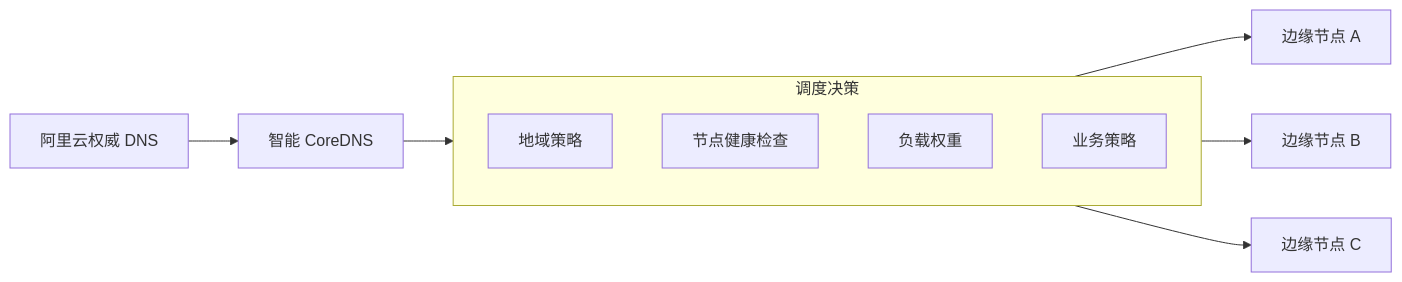
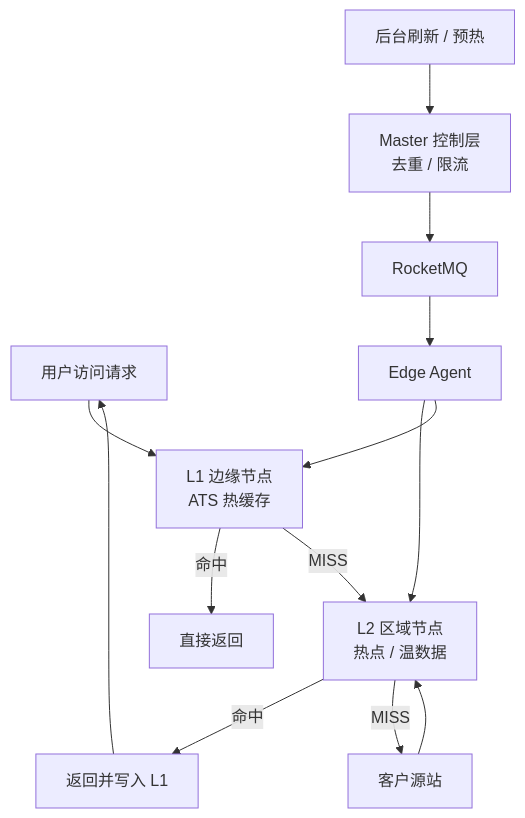
The fifth of 5 diagrams in program/cdn系统总结.md (HK-CH2018/interview), drawn with Mermaid before and after one commit. The commit also changed other lines of this file and 1 other file, not shown here.

````diff
--- a/program/cdn系统总结.md
+++ b/program/cdn系统总结.md
@@ -288,22 +238,16 @@
 ```mermaid
-flowchart LR
-    AliDNS[阿里云权威 DNS]
-    CoreDNS[智能 CoreDNS]
+flowchart TB
+    User[用户访问请求] --> L1[L1 边缘节点<br/>ATS 热缓存]
+    L1 -->|命中| Hit[直接返回]
+    L1 -->|MISS| L2[L2 区域节点<br/>热点 / 温数据]
+    L2 -->|命中| BackToL1[返回并写入 L1]
+    L2 -->|MISS| Origin[客户源站]
+    Origin --> L2
+    BackToL1 --> User
 
-    subgraph Decision[调度决策]
-        Geo[地域策略]
-        Health[节点健康检查]
-        Load[负载权重]
-        Policy[业务策略]
-    end
-
-    Edge1[边缘节点 A]
-    Edge2[边缘节点 B]
-    Edge3[边缘节点 C]
-
-    AliDNS --> CoreDNS
-    CoreDNS --> Decision
-    Decision --> Edge1
-    Decision --> Edge2
-    Decision --> Edge3
+    Admin[后台刷新 / 预热] --> Master[Master 控制层<br/>去重 / 限流]
+    Master --> MQ[RocketMQ]
+    MQ --> Agent[Edge Agent]
+    Agent --> L2
+    Agent --> L1
 ```
````
